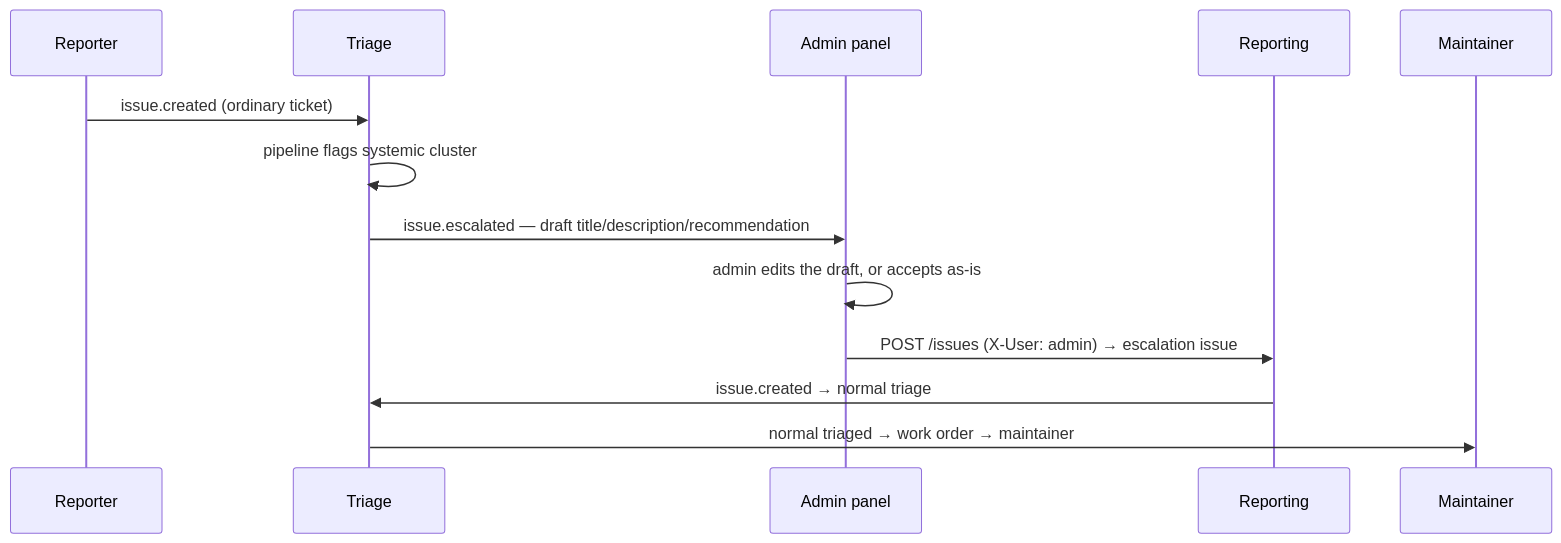
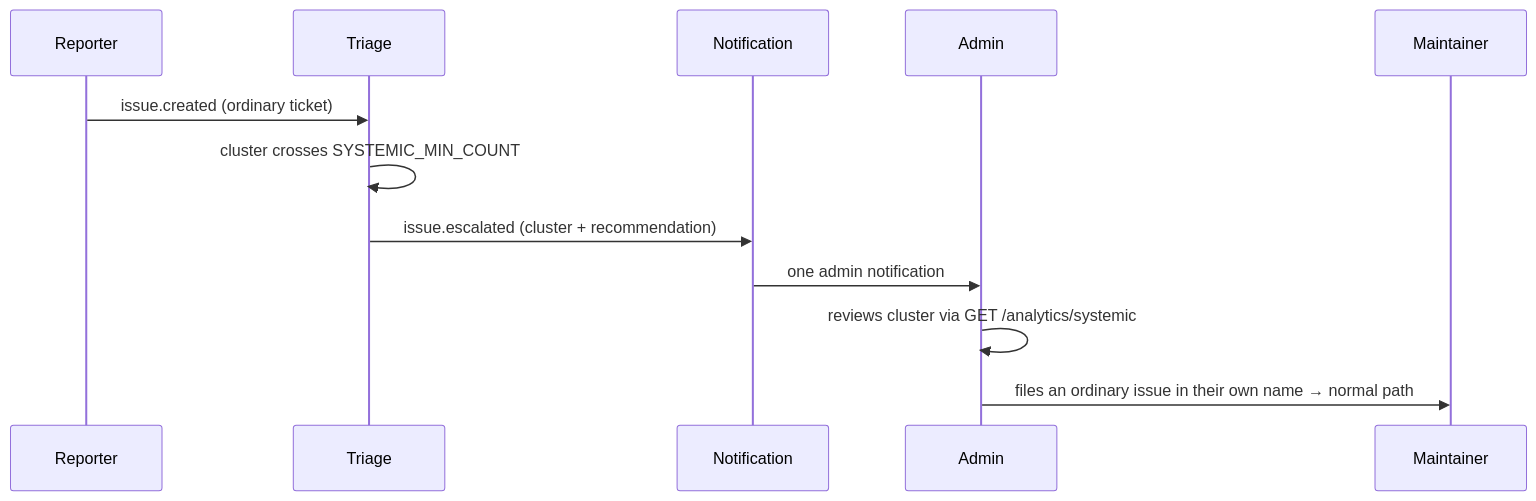
One commit to DeYuanChong/Incube2026_Grp3 changed the first of 2 diagrams in docs/05-triage-analytics.md. Above: the diagram before and after it, drawn with Mermaid. The commit also changed other lines of this file and 7 other files, not shown here.

````diff
--- a/docs/05-triage-analytics.md
+++ b/docs/05-triage-analytics.md
@@ -33,15 +37,14 @@
 ```mermaid
 sequenceDiagram
     participant R as Reporter
     participant T as Triage
-    participant A as Admin panel
-    participant P as Reporting
+    participant N as Notification
+    participant A as Admin
     participant M as Maintainer
     R->>T: issue.created (ordinary ticket)
-    T->>T: pipeline flags systemic cluster
-    T->>A: issue.escalated — draft title/description/recommendation
-    A->>A: admin edits the draft, or accepts as-is
-    A->>P: POST /issues (X-User: admin) → escalation issue
-    P->>T: issue.created → normal triage
-    T->>M: normal triaged → work order → maintainer
+    T->>T: cluster crosses SYSTEMIC_MIN_COUNT
+    T->>N: issue.escalated (cluster + recommendation)
+    N->>A: one admin notification
+    A->>A: reviews cluster via GET /analytics/systemic
+    A->>M: files an ordinary issue in their own name → normal path
 ```
````
